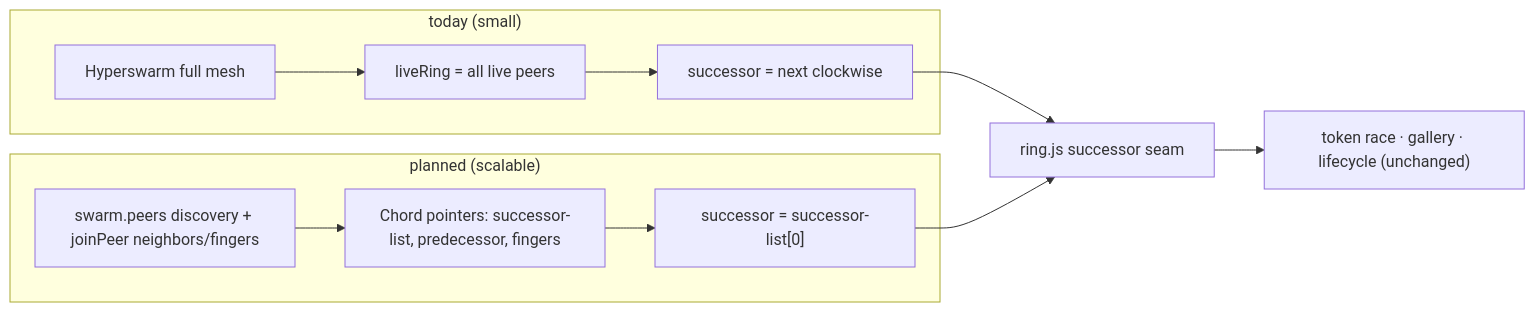
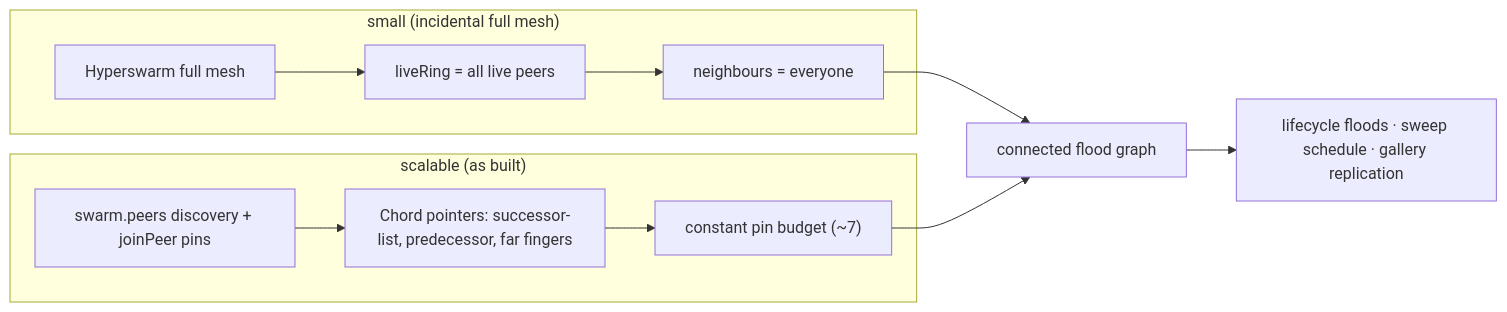
Before and after one commit to mnaamani/hyper-wave: the diagram in docs/scalable-topology.md, drawn with Mermaid. The commit also changed other lines of this file and 5 other files, not shown here.

````diff
--- a/docs/scalable-topology.md
+++ b/docs/scalable-topology.md
@@ -194,12 +190,12 @@
 ```mermaid
 flowchart LR
-  subgraph Now["today (small)"]
-    A1["Hyperswarm full mesh"] --> A2["liveRing = all live peers"] --> A3["successor = next clockwise"]
+  subgraph Now["small (incidental full mesh)"]
+    A1["Hyperswarm full mesh"] --> A2["liveRing = all live peers"] --> A3["neighbours = everyone"]
   end
-  subgraph Next["planned (scalable)"]
-    B1["swarm.peers discovery + joinPeer neighbors/fingers"] --> B2["Chord pointers: successor-list, predecessor, fingers"] --> B3["successor = successor-list[0]"]
+  subgraph Next["scalable (as built)"]
+    B1["swarm.peers discovery + joinPeer pins"] --> B2["Chord pointers: successor-list, predecessor, far fingers"] --> B3["constant pin budget (~7)"]
   end
-  A3 --> Seam["ring.js successor seam"]
+  A3 --> Seam["connected flood graph"]
   B3 --> Seam
-  Seam --> Wave["token race · gallery · lifecycle (unchanged)"]
+  Seam --> Wave["lifecycle floods · sweep schedule · gallery replication"]
 ```
````
